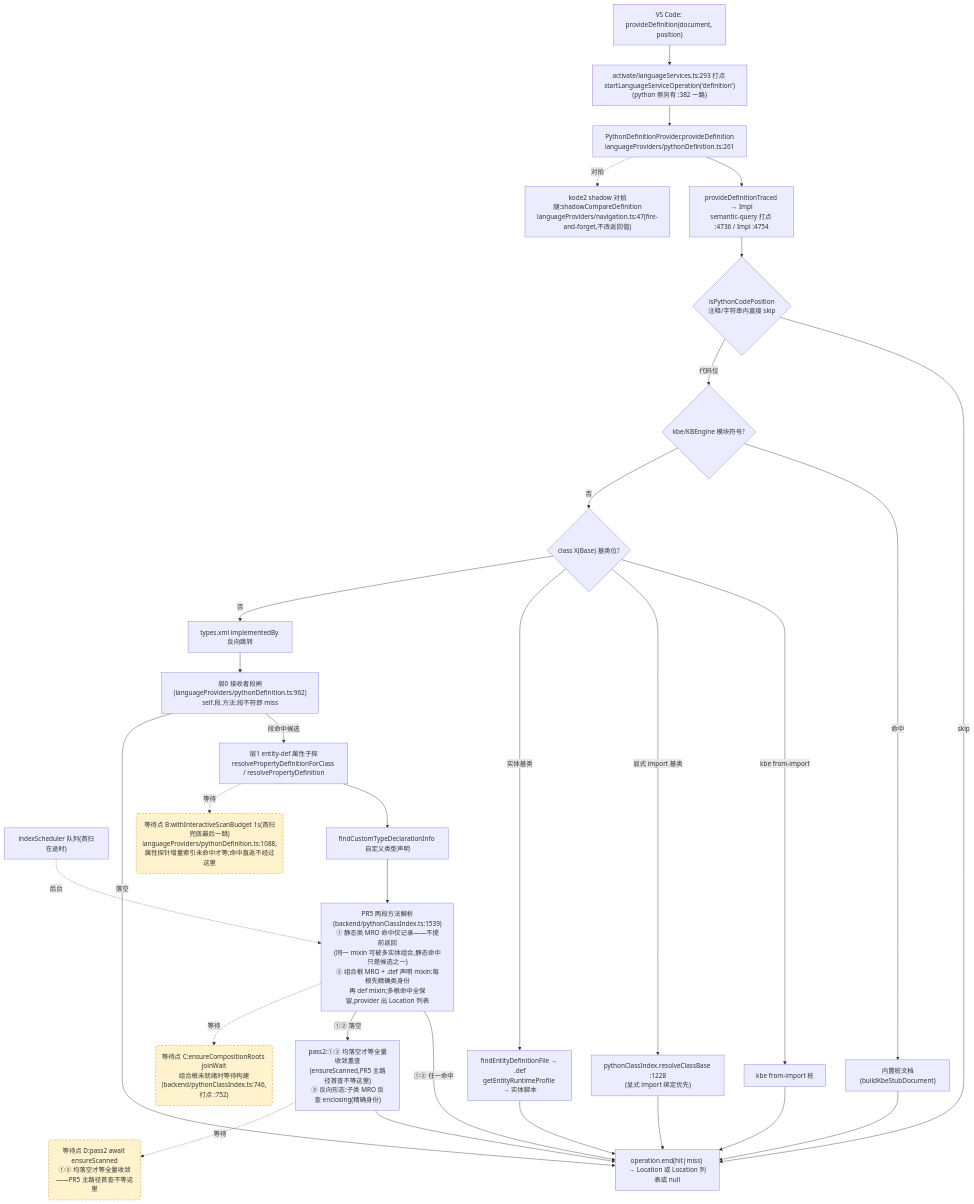
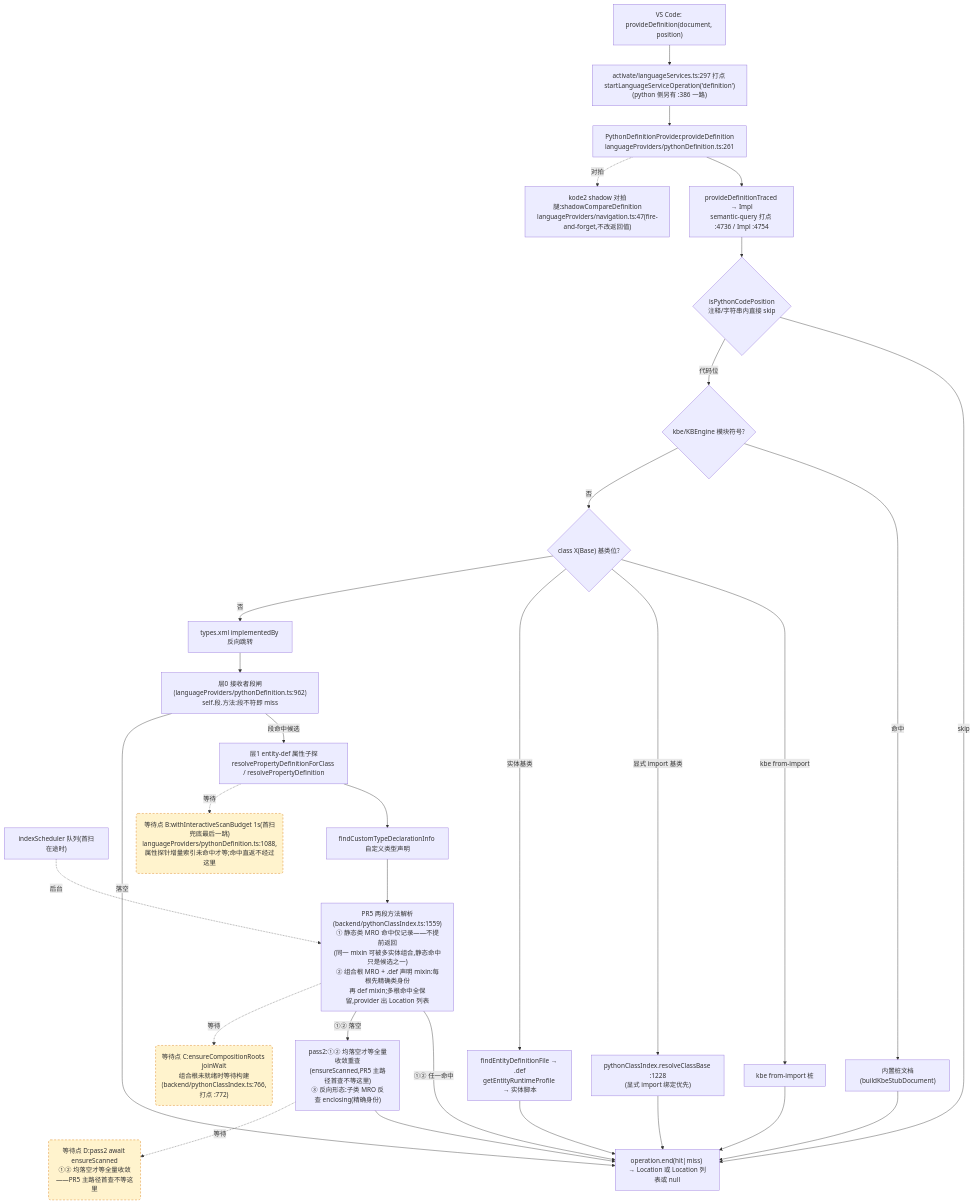
Before and after one commit to cuihairu/kode: the second of 4 diagrams in docs/perf/2026-baseline.md, drawn with Mermaid. The commit also changed other lines of this file and 27 other files, not shown here.

Commit message:
feat: mixin mro execution chain lens

````diff
--- a/docs/perf/2026-baseline.md
+++ b/docs/perf/2026-baseline.md
@@ -148,51 +148,51 @@
 ```mermaid
 flowchart TD
   VC2["VS Code: provideDefinition(document, position)"]
-  M2["activate/languageServices.ts:293 打点 startLanguageServiceOperation('definition')<br/>(python 侧另有 :382 一路)"]
+  M2["activate/languageServices.ts:297 打点 startLanguageServiceOperation('definition')<br/>(python 侧另有 :386 一路)"]
   AD2["PythonDefinitionProvider.provideDefinition<br/>languageProviders/pythonDefinition.ts:261"]
   TR["provideDefinitionTraced → Impl<br/>semantic-query 打点 :4736 / Impl :4754"]
   CTX{"isPythonCodePosition<br/>注释/字符串内直接 skip"}
   KBE{"kbe/KBEngine 模块符号?"}
   STUB["内置桩文档(buildKbeStubDocument)"]
   CB{"class X(Base) 基类位?"}
   CB1["kbe from-import 桩"]
   CB2["pythonClassIndex.resolveClassBase :1228<br/>(显式 import 绑定优先)"]
   CB3["findEntityDefinitionFile → .def<br/>getEntityRuntimeProfile → 实体脚本"]
   REV["types.xml implementedBy 反向跳转"]
   L0["层0 接收者段闸(languageProviders/pythonDefinition.ts:962)<br/>self.段.方法:段不符即 miss"]
   L1["层1 entity-def 属性子探<br/>resolvePropertyDefinitionForClass / resolvePropertyDefinition"]
   SCAN["indexScheduler 队列(首扫在途时)"]
   TY["findCustomTypeDeclarationInfo 自定义类型声明"]
-  MRO["PR5 两段方法解析(backend/pythonClassIndex.ts:1539)<br/>① 静态类 MRO 命中仅记录——不提前返回<br/>(同一 mixin 可被多实体组合,静态命中只是候选之一)<br/>② 组合根 MRO + .def 声明 mixin:每根先精确类身份<br/>再 def mixin;多根命中全保留,provider 出 Location 列表"]
+  MRO["PR5 两段方法解析(backend/pythonClassIndex.ts:1559)<br/>① 静态类 MRO 命中仅记录——不提前返回<br/>(同一 mixin 可被多实体组合,静态命中只是候选之一)<br/>② 组合根 MRO + .def 声明 mixin:每根先精确类身份<br/>再 def mixin;多根命中全保留,provider 出 Location 列表"]
   PASS2["pass2:①② 均落空才等全量收敛重查<br/>(ensureScanned,PR5 主路径首查不等这里)<br/>③ 反向形态:子类 MRO 反查 enclosing(精确身份)"]
   SHD["kode2 shadow 对拍腿:shadowCompareDefinition<br/>languageProviders/navigation.ts:47(fire-and-forget,不改返回值)"]
   END2["operation.end(hit|miss) → Location 或 Location 列表或 null"]
 
   VC2 --> M2 --> AD2 --> TR --> CTX
   CTX -- "skip" --> END2
   CTX -- "代码位" --> KBE
   KBE -- "命中" --> STUB --> END2
   KBE -- "否" --> CB
   CB -- "kbe from-import" --> CB1 --> END2
   CB -- "显式 import 基类" --> CB2 --> END2
   CB -- "实体基类" --> CB3 --> END2
   CB -- "否" --> REV --> L0
   L0 -- "段命中候选" --> L1
   L0 -- "落空" --> END2
   L1 --> TY
   TY --> MRO
   MRO -- "①② 任一命中" --> END2
   MRO -- "①② 落空" --> PASS2 --> END2
   AD2 -.->|对拍| SHD
 
   WAITB("等待点 B:withInteractiveScanBudget 1s(首扫兜底最后一跳)<br/>languageProviders/pythonDefinition.ts:1088,属性探针增量索引未命中才等;命中直返不经过这里")
-  WAITC("等待点 C:ensureCompositionRoots joinWait<br/>组合根未就绪时等待构建(backend/pythonClassIndex.ts:746,打点 :752)")
+  WAITC("等待点 C:ensureCompositionRoots joinWait<br/>组合根未就绪时等待构建(backend/pythonClassIndex.ts:766,打点 :772)")
   WAITD("等待点 D:pass2 await ensureScanned<br/>①② 均落空才等全量收敛——PR5 主路径首查不等这里")
   L1 -.->|等待| WAITB
   MRO -.->|等待| WAITC
   PASS2 -.->|等待| WAITD
   SCAN -.->|后台| MRO
 
   classDef waitPoint fill:#fff3cd,stroke:#d97706,stroke-dasharray:5 4;
   class WAITB,WAITC,WAITD waitPoint;
 ```
````
